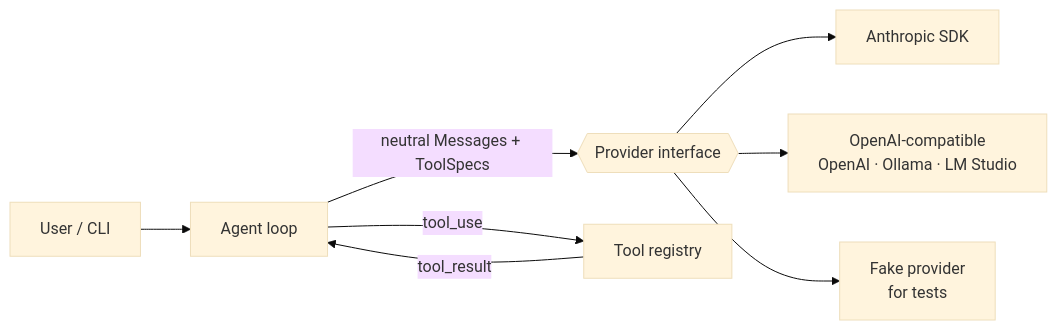
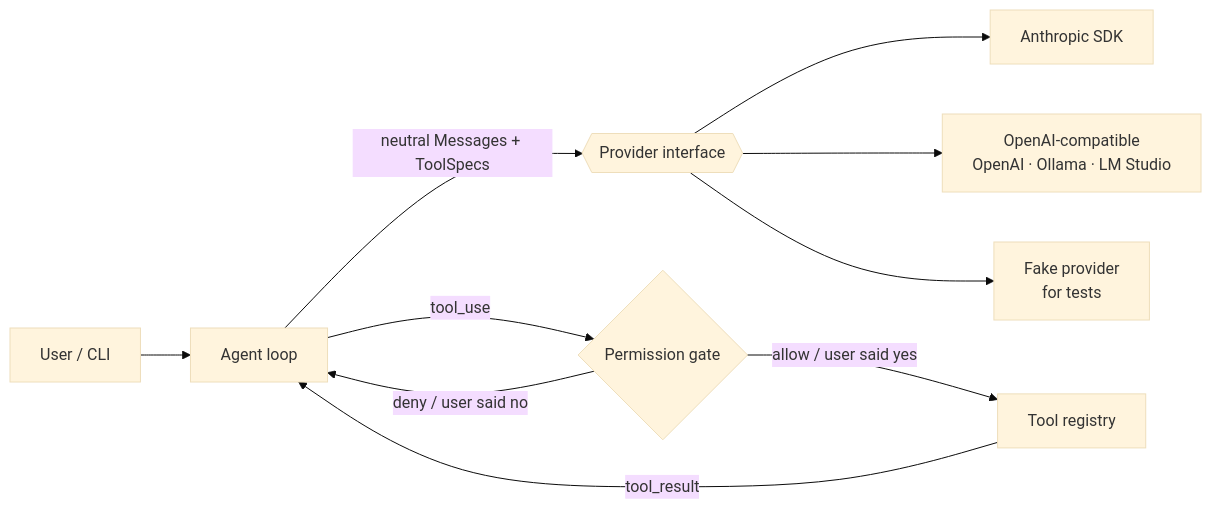
The diagram in README.md (matheusdeuss/matchuco_harness), drawn with Mermaid (base theme) before and after one commit. The commit also changed other lines of this file and 18 other files, not shown here.

````diff
--- a/README.md
+++ b/README.md
@@ -29,10 +29,12 @@
 ```mermaid
 flowchart LR
     U[User / CLI] --> L[Agent loop]
     L -->|neutral Messages + ToolSpecs| P{{Provider interface}}
     P --> A[Anthropic SDK]
     P --> O[OpenAI-compatible<br/>OpenAI · Ollama · LM Studio]
     P --> F[Fake provider<br/>for tests]
-    L -->|tool_use| T[Tool registry]
+    L -->|tool_use| G{Permission gate}
+    G -->|allow / user said yes| T[Tool registry]
+    G -->|deny / user said no| L
     T -->|tool_result| L
 ```
````
